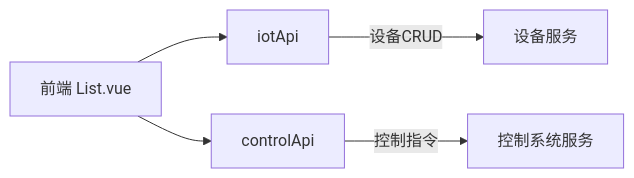
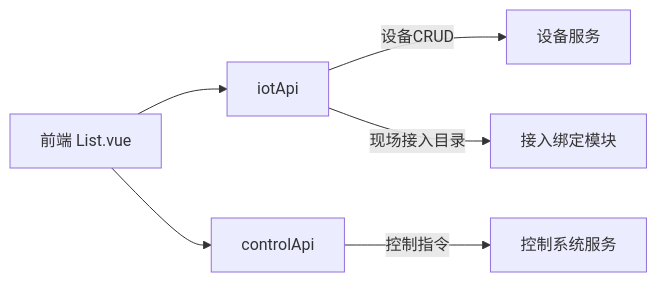
One commit to q446328246/agri-platform changed the tenth of 10 diagrams in .qoder/repowiki/zh/content/前端应用文档/核心页面/设备监控页面/设备列表页面.md. Above: the diagram before and after it, drawn with Mermaid. The commit also changed other lines of this file and 25 other files, not shown here.

````diff
--- a/.qoder/repowiki/zh/content/前端应用文档/核心页面/设备监控页面/设备列表页面.md
+++ b/.qoder/repowiki/zh/content/前端应用文档/核心页面/设备监控页面/设备列表页面.md
@@ -397,7 +470,8 @@
 ```mermaid
 graph LR
 Client["前端 List.vue"] --> IOT["iotApi"]
 Client --> CONTROL["controlApi"]
 IOT --> |"设备CRUD"| Backend["设备服务"]
 CONTROL --> |"控制指令"| ControlService["控制系统服务"]
+IOT --> |"现场接入目录"| Catalogue["接入绑定模块"]
 ```
````
